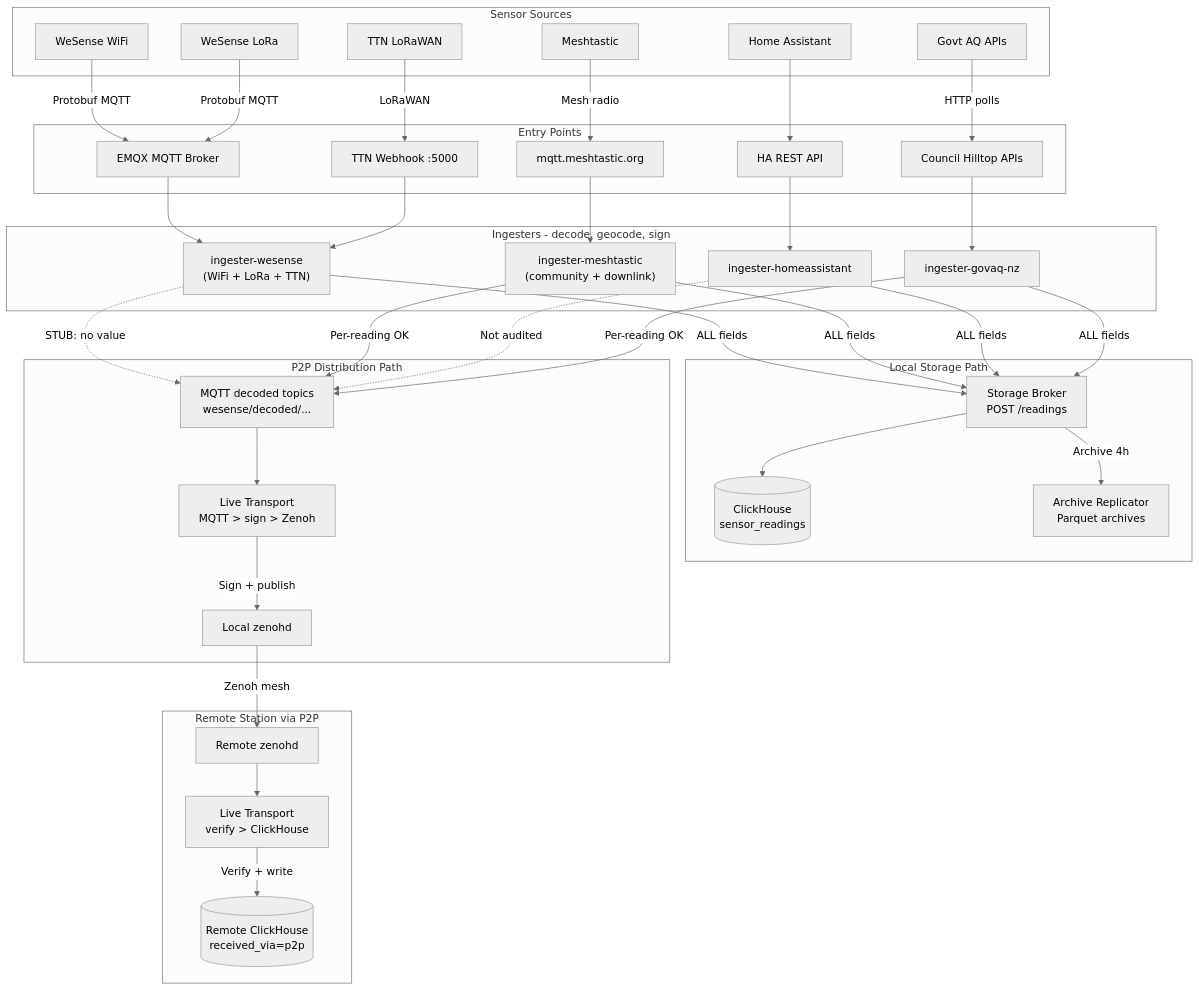
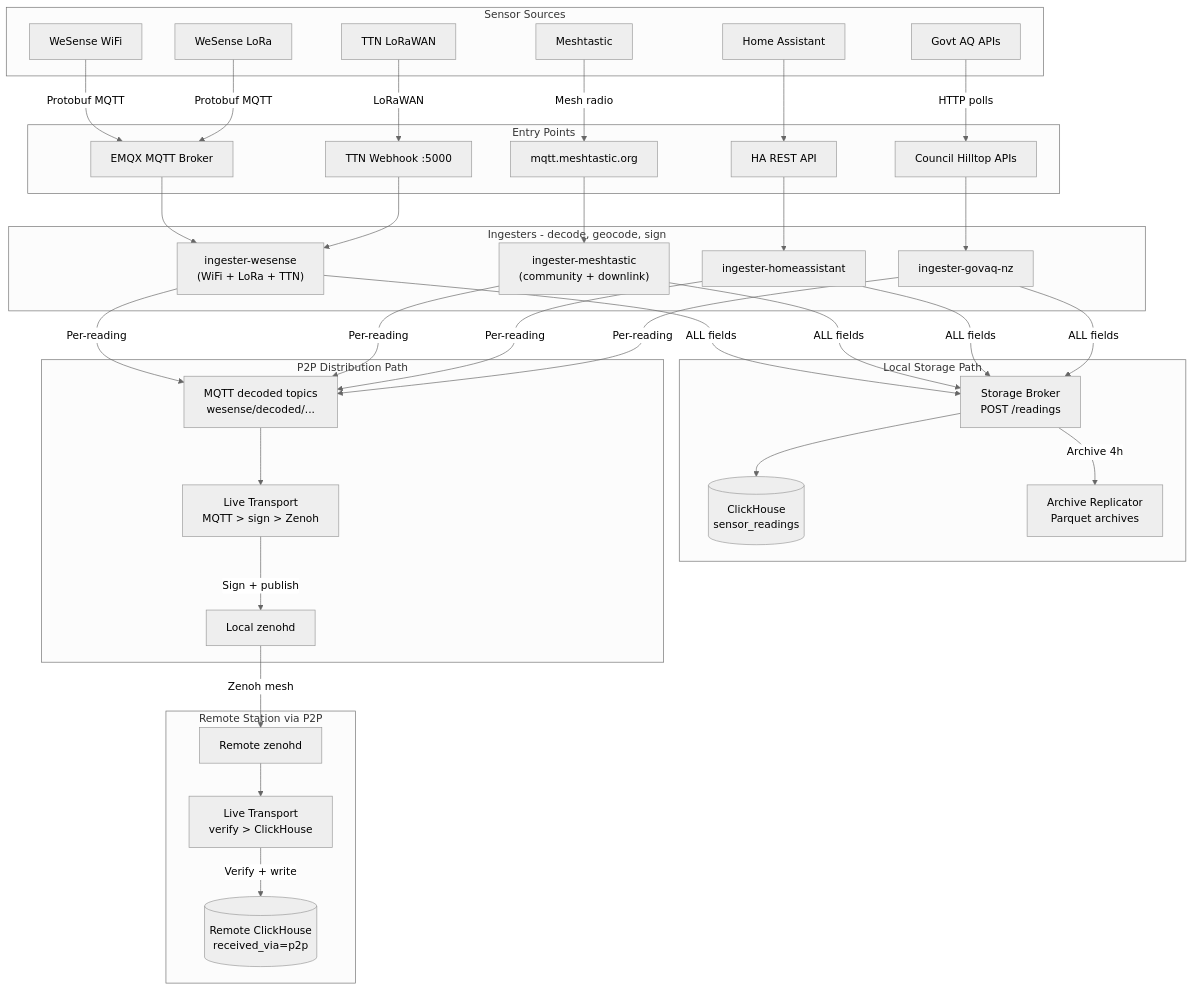
One commit to wesense-earth/wesense-docs changed the diagram in architecture/ingester-architecture.md. Above: the diagram before and after it, drawn with Mermaid (neutral theme). The commit also changed 1 other file, not shown here.

Commit message:
Remove duplicate core architecture diagram, fix stale MQTT annotations in end-to-end flow

````diff
--- a/architecture/ingester-architecture.md
+++ b/architecture/ingester-architecture.md
@@ -428,75 +428,75 @@
 ```mermaid
 flowchart TB
     subgraph sensors["Sensor Sources"]
         WIFI[WeSense WiFi]
         LORA[WeSense LoRa]
         TTNDEV[TTN LoRaWAN]
         MESHDEV[Meshtastic]
         HA[Home Assistant]
         GOVAQ[Govt AQ APIs]
     end
 
     subgraph entry["Entry Points"]
         EMQX[EMQX MQTT Broker]
         TTNWH["TTN Webhook :5000"]
         MESHMQTT[mqtt.meshtastic.org]
         HAAPI[HA REST API]
         GOVHTTP[Council Hilltop APIs]
     end
 
     subgraph ingesters["Ingesters - decode, geocode, sign"]
         INGWS["ingester-wesense\n(WiFi + LoRa + TTN)"]
         INGMESH["ingester-meshtastic\n(community + downlink)"]
         INGHA[ingester-homeassistant]
         INGGOV[ingester-govaq-nz]
     end
 
     subgraph local["Local Storage Path"]
         GW["Storage Broker\nPOST /readings"]
         CH[("ClickHouse\nsensor_readings")]
         IROH["Archive Replicator\nParquet archives"]
     end
 
     subgraph p2p["P2P Distribution Path"]
         MQTTDEC["MQTT decoded topics\nwesense/decoded/..."]
         ZBOUT["Live Transport\nMQTT > sign > Zenoh"]
         ZENOHD[Local zenohd]
     end
 
     subgraph remote["Remote Station via P2P"]
         ZENOHDREM[Remote zenohd]
         ZBIN["Live Transport\nverify > ClickHouse"]
         CHREM[("Remote ClickHouse\nreceived_via=p2p")]
     end
 
     WIFI -->|Protobuf MQTT| EMQX
     LORA -->|Protobuf MQTT| EMQX
     TTNDEV -->|LoRaWAN| TTNWH
     MESHDEV -->|Mesh radio| MESHMQTT
     HA --> HAAPI
     GOVAQ -->|HTTP polls| GOVHTTP
 
     EMQX --> INGWS
     TTNWH --> INGWS
     MESHMQTT --> INGMESH
     HAAPI --> INGHA
     GOVHTTP --> INGGOV
 
     INGWS -->|ALL fields| GW
     INGMESH -->|ALL fields| GW
     INGHA -->|ALL fields| GW
     INGGOV -->|ALL fields| GW
     GW --> CH
     GW -->|Archive 4h| IROH
 
-    INGWS -.->|STUB: no value| MQTTDEC
-    INGMESH -->|Per-reading OK| MQTTDEC
-    INGHA -.->|Not audited| MQTTDEC
-    INGGOV -->|Per-reading OK| MQTTDEC
+    INGWS -->|Per-reading| MQTTDEC
+    INGMESH -->|Per-reading| MQTTDEC
+    INGHA -->|Per-reading| MQTTDEC
+    INGGOV -->|Per-reading| MQTTDEC
 
     MQTTDEC --> ZBOUT
     ZBOUT -->|Sign + publish| ZENOHD
     ZENOHD -->|Zenoh mesh| ZENOHDREM
     ZENOHDREM --> ZBIN
     ZBIN -->|Verify + write| CHREM
 ```
````
